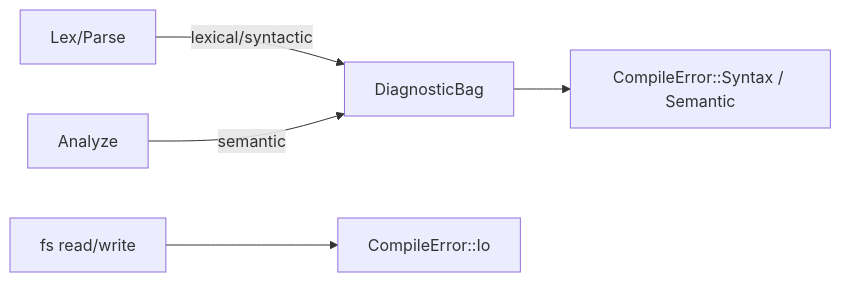
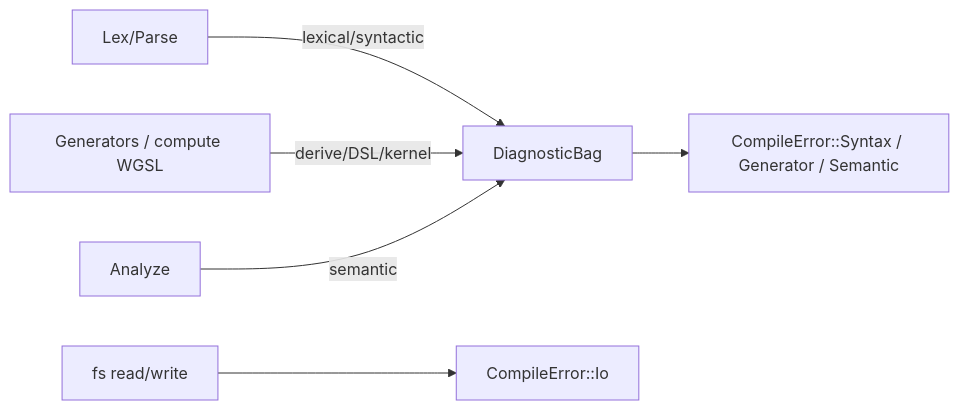
The second of 2 diagrams in docs/compiler/01-pipeline-overview.md (sps014/Dream), drawn with Mermaid before and after one commit. The commit also changed other lines of this file and 15 other files, not shown here.

First line of the commit message:
feat(generator): enhance diagnostics and error handling for source generators

````diff
--- a/docs/compiler/01-pipeline-overview.md
+++ b/docs/compiler/01-pipeline-overview.md
@@ -88,7 +90,8 @@
 ```mermaid
 flowchart LR
     A[Lex/Parse] -->|lexical/syntactic| D[DiagnosticBag]
+    G[Generators / compute WGSL] -->|derive/DSL/kernel| D
     B[Analyze] -->|semantic| D
-    D --> CE1[CompileError::Syntax / Semantic]
+    D --> CE1[CompileError::Syntax / Generator / Semantic]
     IO[fs read/write] --> CE3[CompileError::Io]
 ```
````
